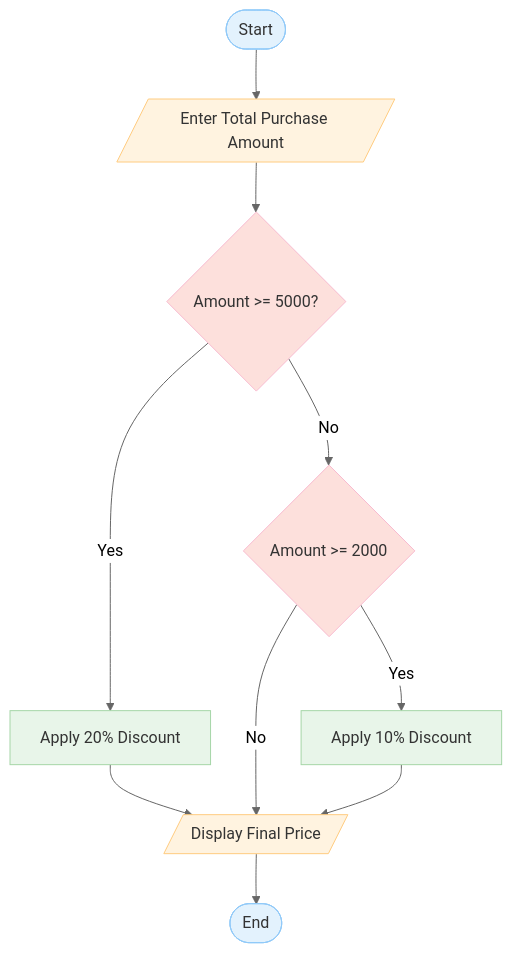
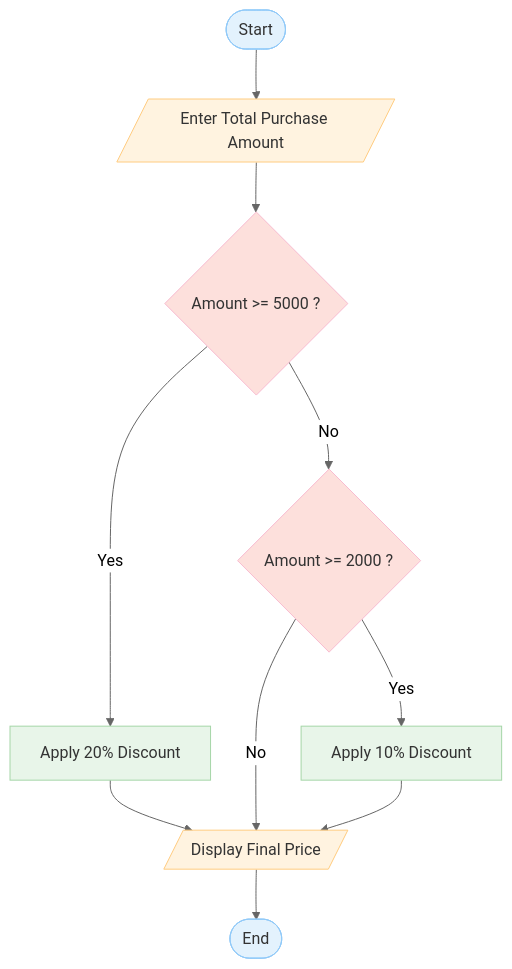
Before and after one commit to joelBIT/workshop-pseudocode-flowcharts: the fourth of 9 diagrams in README.md, drawn with Mermaid (neutral theme). The commit also changed other lines of this file, not shown here.

First line of the commit message:
Created flowchart and pseudocode for workshop exercise 4

````diff
--- a/README.md
+++ b/README.md
@@ -146,18 +146,18 @@
 ```mermaid
 flowchart TD
     A([Start]):::term --> B[/Enter Total Purchase Amount/]:::io
-    B --> C{Amount >= 5000?}:::dec
-    C -- No --> D{Amount >= 2000}:::dec
+    B --> C{Amount >= 5000 ?}:::dec
+    C -- No --> D{Amount >= 2000 ?}:::dec
     C -- Yes --> E[Apply 20% Discount]:::proc
     E --> Y[/Display Final Price/]:::io
     Y --> X([End]):::term
     D -- No --> Y[/Display Final Price/]:::io
     D -- Yes --> F[Apply 10% Discount]:::proc
     F --> Y[/Display Final Price/]:::io
     
 
 classDef term fill:#e3f2fd,stroke:#90caf9,color:#333,stroke-width:1px;
 classDef io fill:#fff3e0,stroke:#ffcc80,color:#333,stroke-width:1px;
 classDef dec fill:#fde0dc,stroke:#f8bbd0,color:#333,stroke-width:1px;
 classDef proc fill:#e8f5e9,stroke:#a5d6a7,color:#333,stroke-width:1px;
 ```
````
